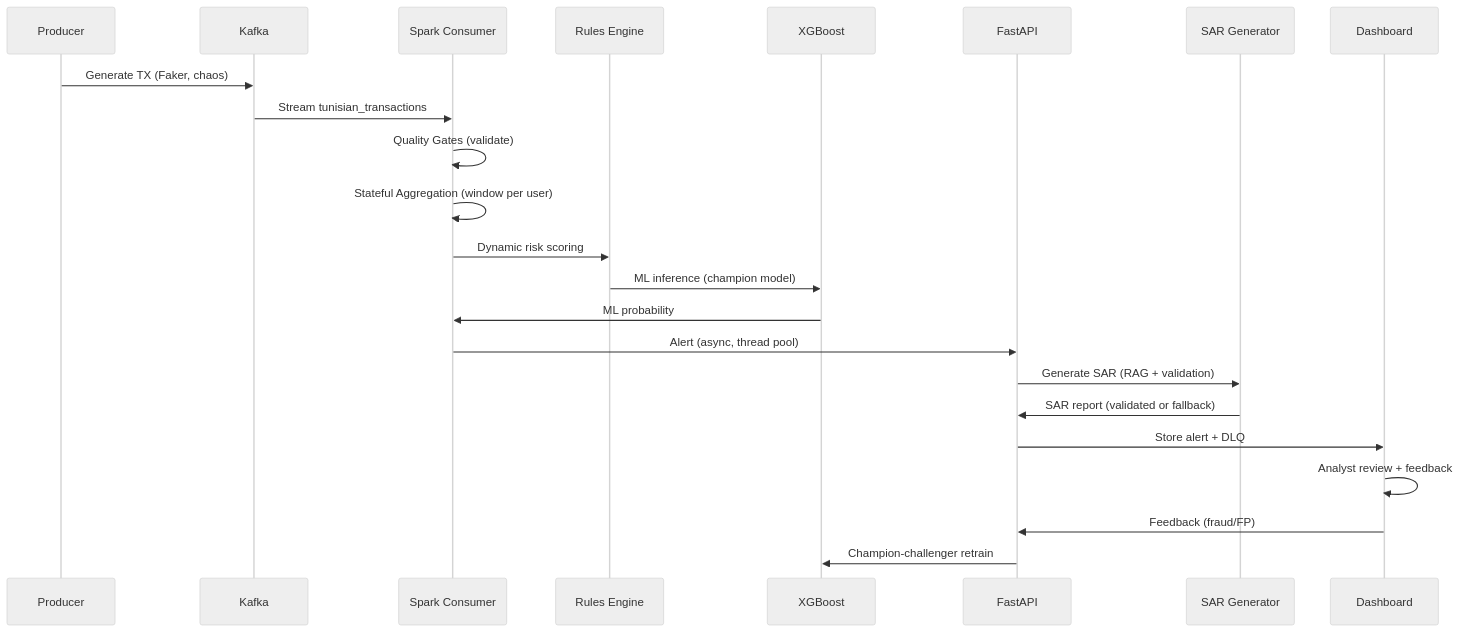
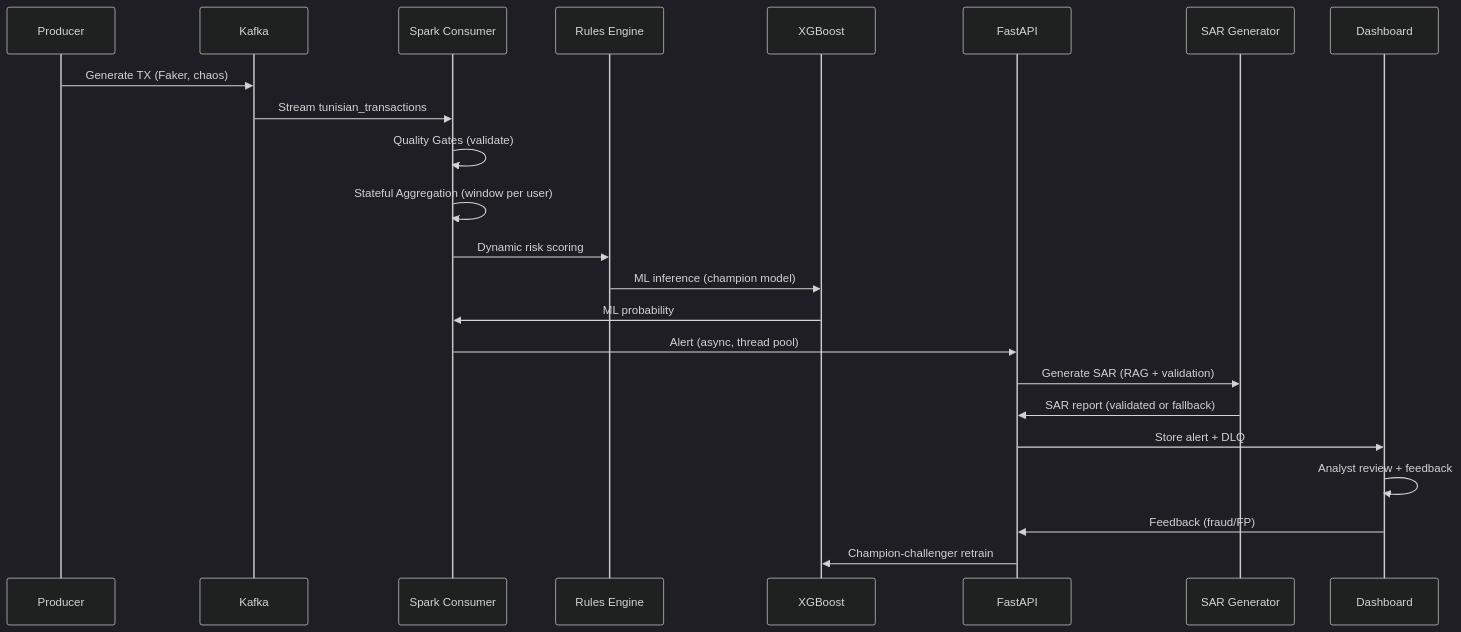
One commit to ReguiguiMohamed/hybrid-real-time-fraud-detection-tunisia changed the second of 4 diagrams in README.md. Above: the diagram before and after it, drawn with Mermaid. The commit also changed other lines of this file, not shown here.

Commit message:
Change diagram

````diff
--- a/README.md
+++ b/README.md
@@ -51,27 +51,27 @@
 ```mermaid
-%%{init: {'theme': 'neutral', 'themeVariables': { 'fontSize': '14px'}}}%%
+%%{init: {'theme': 'dark', 'themeVariables': { 'fontSize': '20px'}}}%%
 sequenceDiagram
     participant P as Producer
     participant K as Kafka
     participant C as Spark Consumer
     participant R as Rules Engine
     participant M as XGBoost
     participant A as FastAPI
     participant S as SAR Generator
     participant D as Dashboard
 
     P->>K: Generate TX (Faker, chaos)
     K->>C: Stream tunisian_transactions
     C->>C: Quality Gates (validate)
     C->>C: Stateful Aggregation (window per user)
     C->>R: Dynamic risk scoring
     R->>M: ML inference (champion model)
     M->>C: ML probability
     C->>A: Alert (async, thread pool)
     A->>S: Generate SAR (RAG + validation)
     S->>A: SAR report (validated or fallback)
     A->>D: Store alert + DLQ
     D->>D: Analyst review + feedback
     D->>A: Feedback (fraud/FP)
     A->>M: Champion-challenger retrain
 ```
````
